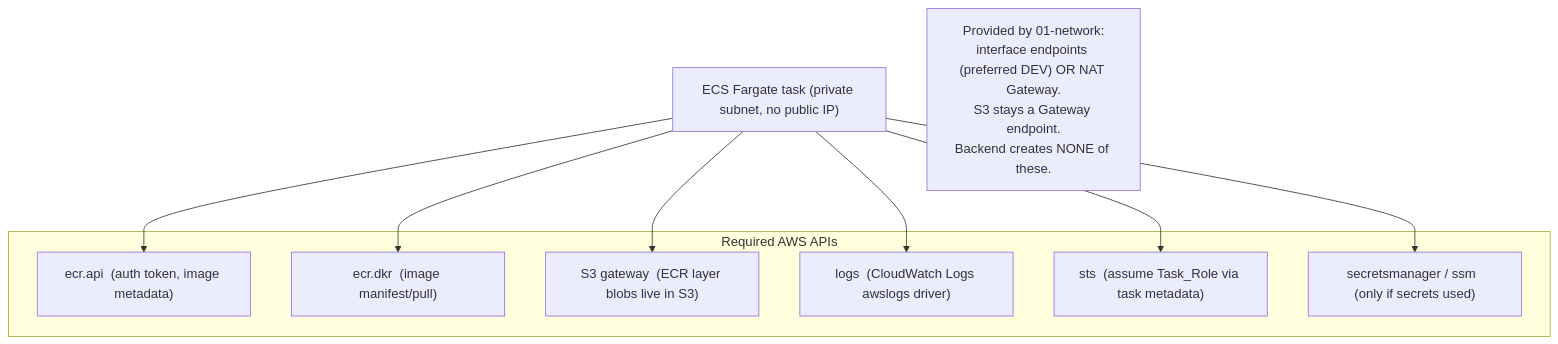
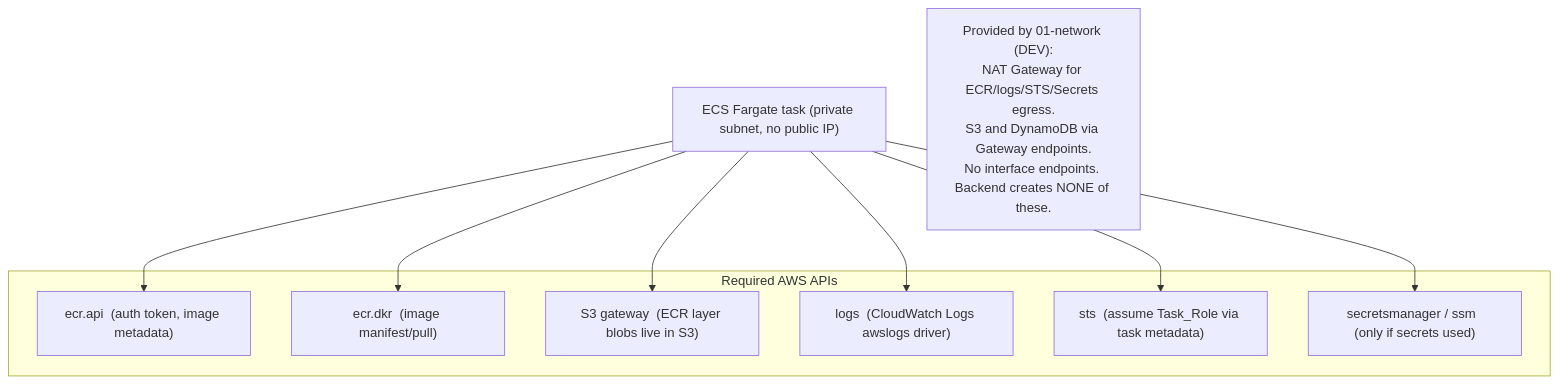
The fourth of 4 diagrams in .kiro/specs/03-backend/design.md (charltonmc2024/ecs-terraform-cicd), drawn with Mermaid before and after one commit. The commit also changed other lines of this file and 7 other files, not shown here.

Commit message:
refactor: align network and backend private egress

````diff
--- a/.kiro/specs/03-backend/design.md
+++ b/.kiro/specs/03-backend/design.md
@@ -113,15 +116,15 @@
 ```mermaid
 flowchart TB
     Task["ECS Fargate task (private subnet, no public IP)"]
     subgraph Needs["Required AWS APIs"]
         EcrApi["ecr.api  (auth token, image metadata)"]
         EcrDkr["ecr.dkr  (image manifest/pull)"]
         S3["S3 gateway  (ECR layer blobs live in S3)"]
         Logs["logs  (CloudWatch Logs awslogs driver)"]
         Sts["sts  (assume Task_Role via task metadata)"]
         Secrets["secretsmanager / ssm  (only if secrets used)"]
     end
     Task --> EcrApi & EcrDkr & S3 & Logs & Sts & Secrets
 
-    Note["Provided by 01-network:<br/>interface endpoints (preferred DEV) OR NAT Gateway.<br/>S3 stays a Gateway endpoint.<br/>Backend creates NONE of these."]
+    Note["Provided by 01-network (DEV):<br/>NAT Gateway for ECR/logs/STS/Secrets egress.<br/>S3 and DynamoDB via Gateway endpoints.<br/>No interface endpoints. Backend creates NONE of these."]
 ```
````
